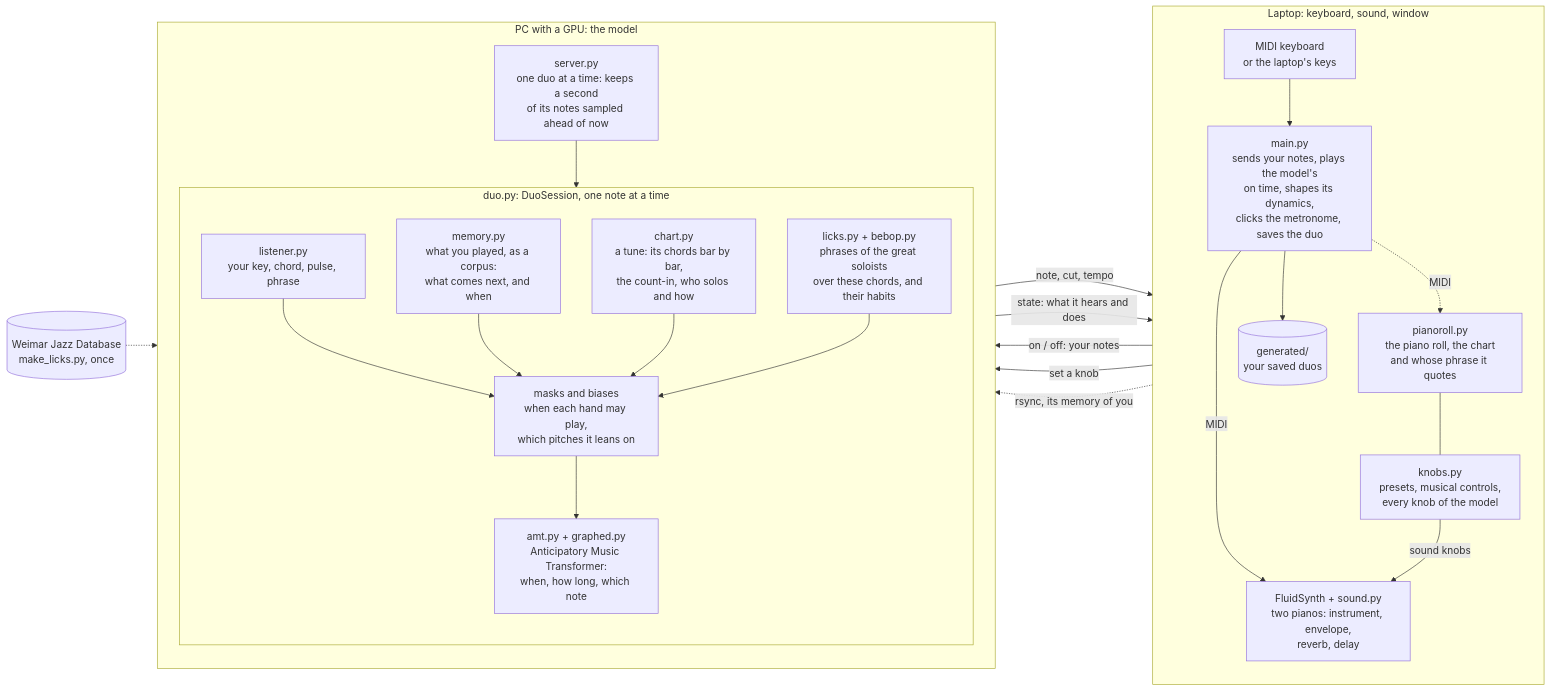
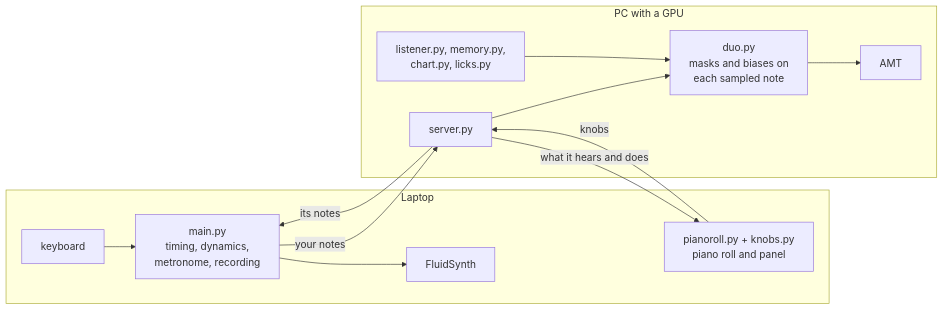
Before and after one commit to RiccardoCataldi/duetto: the diagram in README.md, drawn with Mermaid. The commit also changed other lines of this file, not shown here.

Commit message:
Say in a page what duetto is, how to run it, its two Modes and its controls

````diff
--- a/README.md
+++ b/README.md
@@ -23,46 +71,17 @@
 ```mermaid
 flowchart LR
-    subgraph LAPTOP["Laptop: keyboard, sound, window"]
-        direction TB
-        KEYS["MIDI keyboard<br/>or the laptop's keys"]
-        MAIN["main.py<br/>sends your notes, plays the model's<br/>on time, shapes its dynamics,<br/>clicks the metronome, saves the duo"]
-        SYNTH["FluidSynth + sound.py<br/>two pianos: instrument, envelope,<br/>reverb, delay"]
-        ROLL["pianoroll.py<br/>the piano roll, the chart<br/>and whose phrase it quotes"]
-        PANEL["knobs.py<br/>presets, musical controls,<br/>every knob of the model"]
-        SAVED[("generated/<br/>your saved duos")]
-        KEYS --> MAIN
-        MAIN -- "MIDI" --> SYNTH
-        MAIN -. "MIDI" .-> ROLL
-        ROLL --- PANEL
-        PANEL -- "sound knobs" --> SYNTH
-        MAIN --> SAVED
+    subgraph LAPTOP["Laptop"]
+        KEYS["keyboard"] --> MAIN["main.py<br/>timing, dynamics,<br/>metronome, recording"]
+        MAIN --> SYNTH["FluidSynth"]
+        ROLL["pianoroll.py + knobs.py<br/>piano roll and panel"]
     end
-
-    subgraph GPU["PC with a GPU: the model"]
-        direction TB
-        SERVER["server.py<br/>one duo at a time: keeps a second<br/>of its notes sampled ahead of now"]
-        subgraph SESSION["duo.py: DuoSession, one note at a time"]
-            direction TB
-            LISTENER["listener.py<br/>your key, chord, pulse, phrase"]
-            MEMORY["memory.py<br/>what you played, as a corpus:<br/>what comes next, and when"]
-            CHART["chart.py<br/>a tune: its chords bar by bar,<br/>the count-in, who solos and how"]
-            LICKS["licks.py + bebop.py<br/>phrases of the great soloists<br/>over these chords, and their habits"]
-            RULES["masks and biases<br/>when each hand may play,<br/>which pitches it leans on"]
-            MODEL["amt.py + graphed.py<br/>Anticipatory Music Transformer:<br/>when, how long, which note"]
-            LISTENER --> RULES
-            MEMORY --> RULES
-            CHART --> RULES
-            LICKS --> RULES
-            RULES --> MODEL
-        end
-        SERVER --> SESSION
+    subgraph GPU["PC with a GPU"]
+        SERVER["server.py"] --> SESSION["duo.py<br/>masks and biases on<br/>each sampled note"]
+        SESSION --> MODEL["AMT"]
+        LISTEN["listener.py, memory.py,<br/>chart.py, licks.py"] --> SESSION
     end
-
-    WJD[("Weimar Jazz Database<br/>make_licks.py, once")]
-    MAIN -- "on / off: your notes" --> SERVER
-    SERVER -- "note, cut, tempo" --> MAIN
-    PANEL -- "set a knob" --> SERVER
-    SERVER -- "state: what it hears and does" --> PANEL
-    SAVED -. "rsync, its memory of you" .-> MEMORY
-    WJD -.-> LICKS
+    MAIN -- "your notes" --> SERVER
+    SERVER -- "its notes" --> MAIN
+    ROLL -- "knobs" --> SERVER
+    SERVER -- "what it hears and does" --> ROLL
 ```
````
